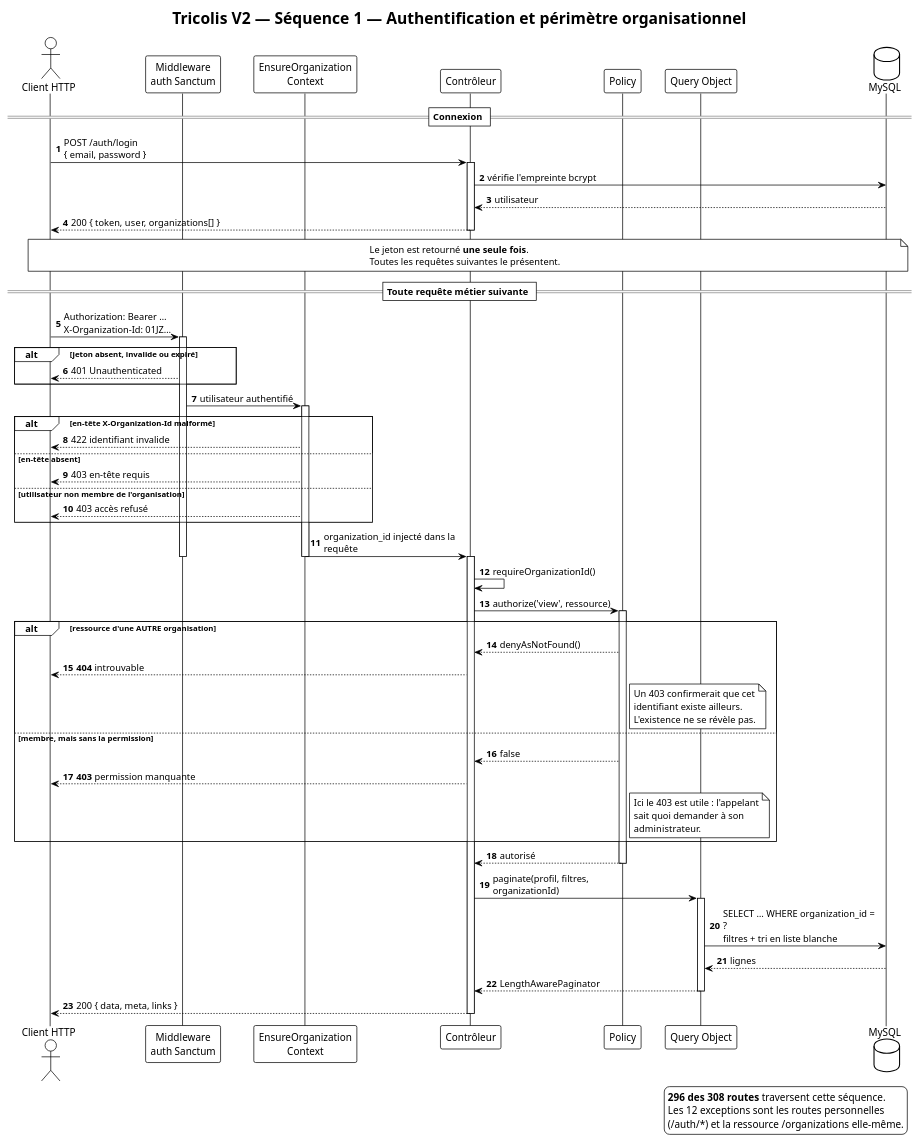
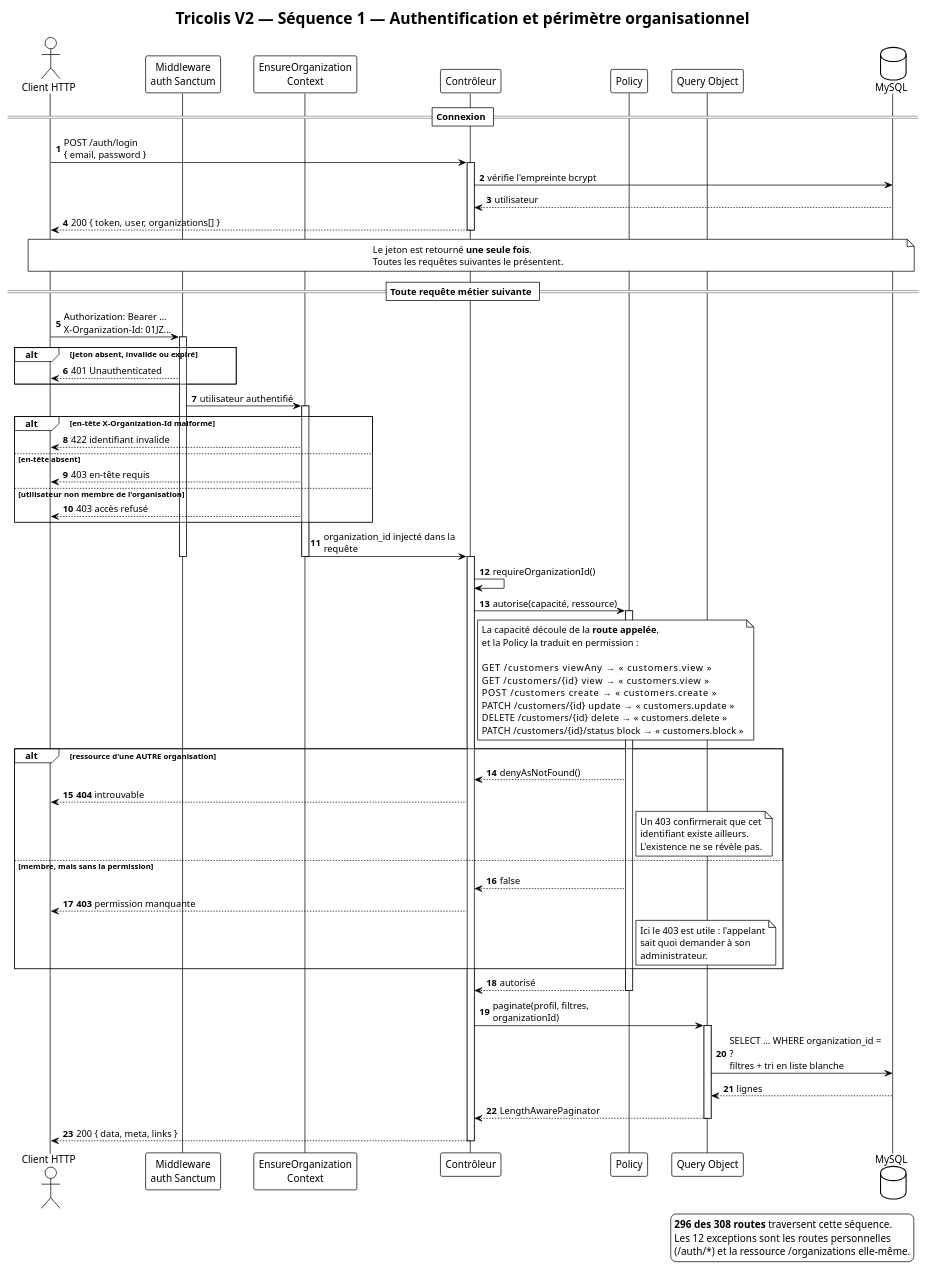
The diagram in Conception/diagramme/sequence-1-authentification-perimetre.puml (bouaichiDev/TricolisWeb), drawn with PlantUML before and after one commit. The commit also changed 1 other file, not shown here.

Commit message:
docs: sequence 1 — vocabulaire API a l'etape d'autorisation
`authorize('view', ressource)` pretait a confusion sur un backend qui n'a
aucune vue : « view » y designe la capacite de LECTURE au sens Laravel,
pas une page rendue.

L'etape 13 devient `autorise(capacite, ressource)`, avec une note qui
ancre la lecture dans la route HTTP appelee et montre la traduction en
permission :

  GET    /customers/{id}         view    ->  « customers.view »
  POST   /customers              create  ->  « customers.create »
  PATCH  /customers/{id}/status  block   ->  « customers.block »

Le diagramme represente les 296 routes metier : « view » n'en etait qu'un
cas, et le donner en exemple unique laissait croire que la sequence ne
valait que pour les lectures.

Applique au .puml et a la version Mermaid. Structure revalidee.

```diff
--- a/Conception/diagramme/sequence-1-authentification-perimetre.puml
+++ b/Conception/diagramme/sequence-1-authentification-perimetre.puml
@@ -1,102 +1,114 @@
 @startuml
 !theme plain
 skinparam shadowing false
 skinparam sequenceMessageAlign left
 skinparam responseMessageBelowArrow true
 skinparam maxMessageSize 220
 skinparam ParticipantPadding 12
 skinparam BoxPadding 12
 
 title Tricolis V2 — Séquence 1 — Authentification et périmètre organisationnel
 
 actor "Client HTTP" as U
 participant "Middleware\nauth Sanctum" as S
 participant "EnsureOrganization\nContext" as M
 participant "Contrôleur" as C
 participant "Policy" as P
 participant "Query Object" as Q
 database "MySQL" as DB
 
 autonumber
 
 == Connexion ==
 
 U -> C : POST /auth/login\n{ email, password }
 activate C
 C -> DB : vérifie l'empreinte bcrypt
 DB --> C : utilisateur
 C --> U : 200 { token, user, organizations[] }
 deactivate C
 
 note over U, DB
   Le jeton est retourné **une seule fois**.
   Toutes les requêtes suivantes le présentent.
 end note
 
 == Toute requête métier suivante ==
 
 U -> S : Authorization: Bearer …\nX-Organization-Id: 01JZ…
 activate S
 
 alt jeton absent, invalide ou expiré
   S --> U : 401 Unauthenticated
 end
 
 S -> M : utilisateur authentifié
 activate M
 
 alt en-tête X-Organization-Id malformé
   M --> U : 422 identifiant invalide
 else en-tête absent
   M --> U : 403 en-tête requis
 else utilisateur non membre de l'organisation
   M --> U : 403 accès refusé
 end
 
 M -> C : organization_id injecté dans la requête
 deactivate M
 deactivate S
 activate C
 
 C -> C : requireOrganizationId()
-C -> P : authorize('view', ressource)
+C -> P : autorise(capacité, ressource)
 activate P
+
+note right of C
+  La capacité découle de la **route appelée**,
+  et la Policy la traduit en permission :
+
+  GET    /customers        viewAny  →  « customers.view »
+  GET    /customers/{id}   view     →  « customers.view »
+  POST   /customers        create   →  « customers.create »
+  PATCH  /customers/{id}   update   →  « customers.update »
+  DELETE /customers/{id}   delete   →  « customers.delete »
+  PATCH  /customers/{id}/status  block  →  « customers.block »
+end note
 
 alt ressource d'une AUTRE organisation
   P --> C : denyAsNotFound()
   C --> U : **404** introuvable
   note right of P
     Un 403 confirmerait que cet
     identifiant existe ailleurs.
     L'existence ne se révèle pas.
   end note
 else membre, mais sans la permission
   P --> C : false
   C --> U : **403** permission manquante
   note right of P
     Ici le 403 est utile : l'appelant
     sait quoi demander à son
     administrateur.
   end note
 end
 
 P --> C : autorisé
 deactivate P
 
 C -> Q : paginate(profil, filtres, organizationId)
 activate Q
 Q -> DB : SELECT … WHERE organization_id = ?\nfiltres + tri en liste blanche
 DB --> Q : lignes
 Q --> C : LengthAwarePaginator
 deactivate Q
 
 C --> U : 200 { data, meta, links }
 deactivate C
 
 legend right
   **296 des 308 routes** traversent cette séquence.
   Les 12 exceptions sont les routes personnelles
   (/auth/*) et la ressource /organizations elle-même.
 end legend
 
 @enduml
```
